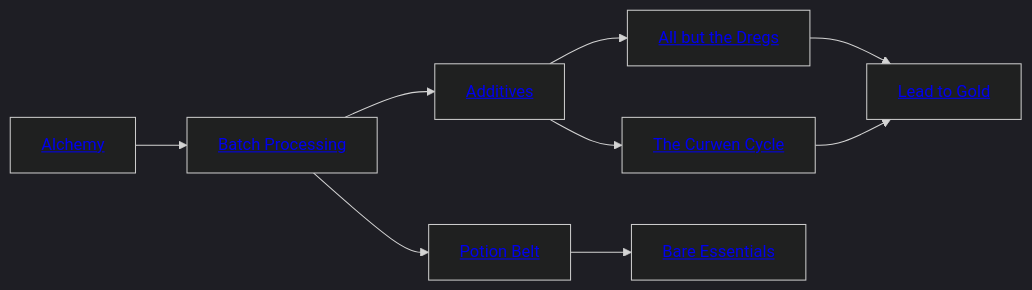
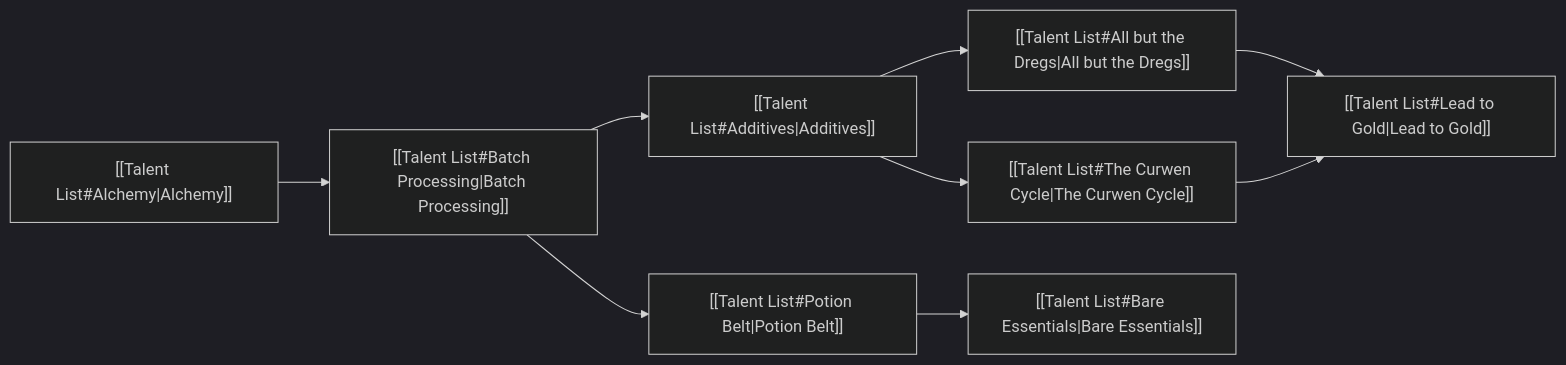
The first of 9 diagrams in quartz/content/Characters/Talents/Talent Trees.md (donutrj/verdigris), drawn with Mermaid (dark theme) before and after one commit. The commit also changed other lines of this file, not shown here.

First line of the commit message:
Fix Mermaid diagram links in Talent Trees

````diff
--- a/quartz/content/Characters/Talents/Talent Trees.md
+++ b/quartz/content/Characters/Talents/Talent Trees.md
@@ -2,22 +2,22 @@
 ``` mermaid
 graph LR
 
-A[<a class='internal-link is-unresolved' href='Talent List#Additives'>Additives</a>]
-B[<a class='internal-link is-unresolved' href='Talent List#Alchemy'>Alchemy</a>]
-C[<a class='internal-link is-unresolved' href='Talent List#All but the Dregs'>All but the Dregs</a>]
-D[<a class='internal-link is-unresolved' href='Talent List#Batch Processing'>Batch Processing</a>]
-E[<a class='internal-link is-unresolved' href='Talent List#Bare Essentials'>Bare Essentials</a>]
-F[<a class='internal-link is-unresolved' href='Talent List#Lead to Gold'>Lead to Gold</a>]
-G[<a class='internal-link is-unresolved' href='Talent List#Potion Belt'>Potion Belt</a>]
-H[<a class='internal-link is-unresolved' href='Talent List#The Curwen Cycle'>The Curwen Cycle</a>]
+A["[[Talent List#Additives|Additives]]"]
+B["[[Talent List#Alchemy|Alchemy]]"]
+C["[[Talent List#All but the Dregs|All but the Dregs]]"]
+D["[[Talent List#Batch Processing|Batch Processing]]"]
+E["[[Talent List#Bare Essentials|Bare Essentials]]"]
+F["[[Talent List#Lead to Gold|Lead to Gold]]"]
+G["[[Talent List#Potion Belt|Potion Belt]]"]
+H["[[Talent List#The Curwen Cycle|The Curwen Cycle]]"]
 
 B --> D
 D --> A
 A --> C
 G --> E
 H --> F
 A --> H
 C --> F
 D --> G
 
 ```
````
